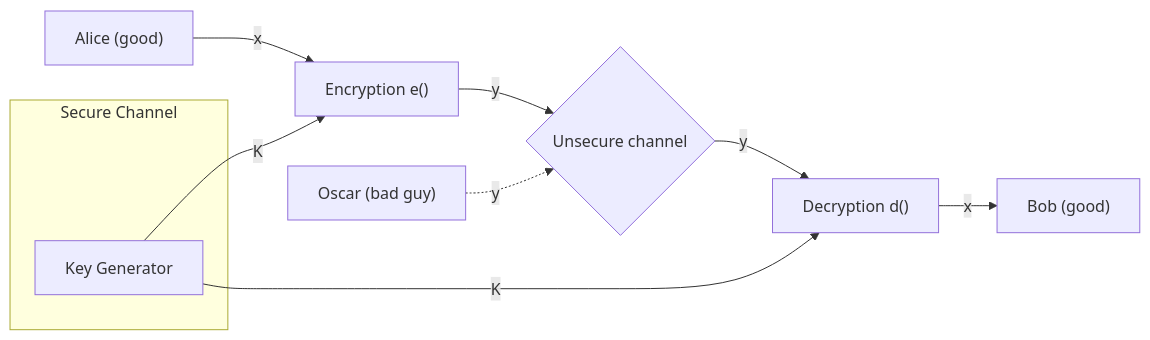
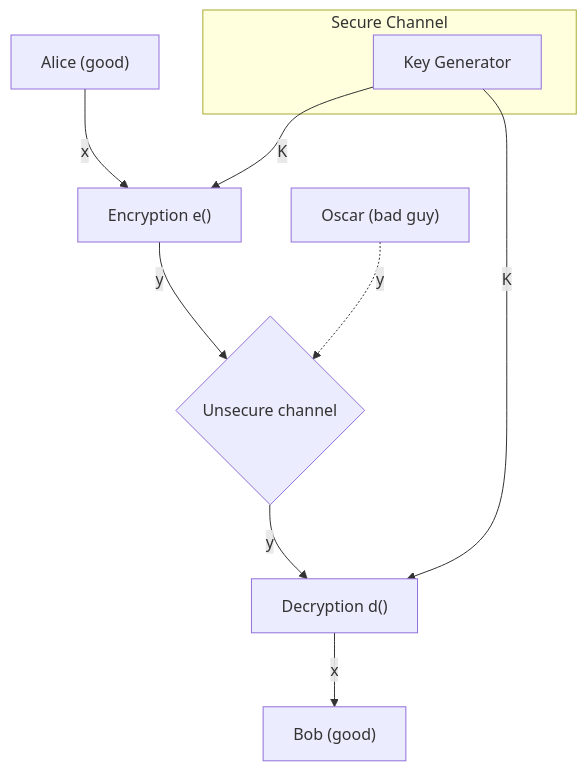
Before and after one commit to vikas-movva/Obsidian: the third of 3 diagrams in School/CP460 Applied Cryptography/Week 1.md, drawn with Mermaid. The commit also changed 30 other files, not shown here.

````diff
--- a/School/CP460 Applied Cryptography/Week 1.md
+++ b/School/CP460 Applied Cryptography/Week 1.md
@@ -41,14 +41,14 @@
 ```mermaid
-graph LR
+graph TD
     A["Alice (good)"] -->|x| E["Encryption e()"]
     E -->|y| C{Unsecure channel}
     C -->|y| D["Decryption d()"]
     D -->|x| B["Bob (good)"]
     KG["Key Generator"] -->|K| E
     KG -->|K| D
     O["Oscar (bad guy)"] -.->|y| C
     
     subgraph Secure Channel
     KG
     end
 ```
````
